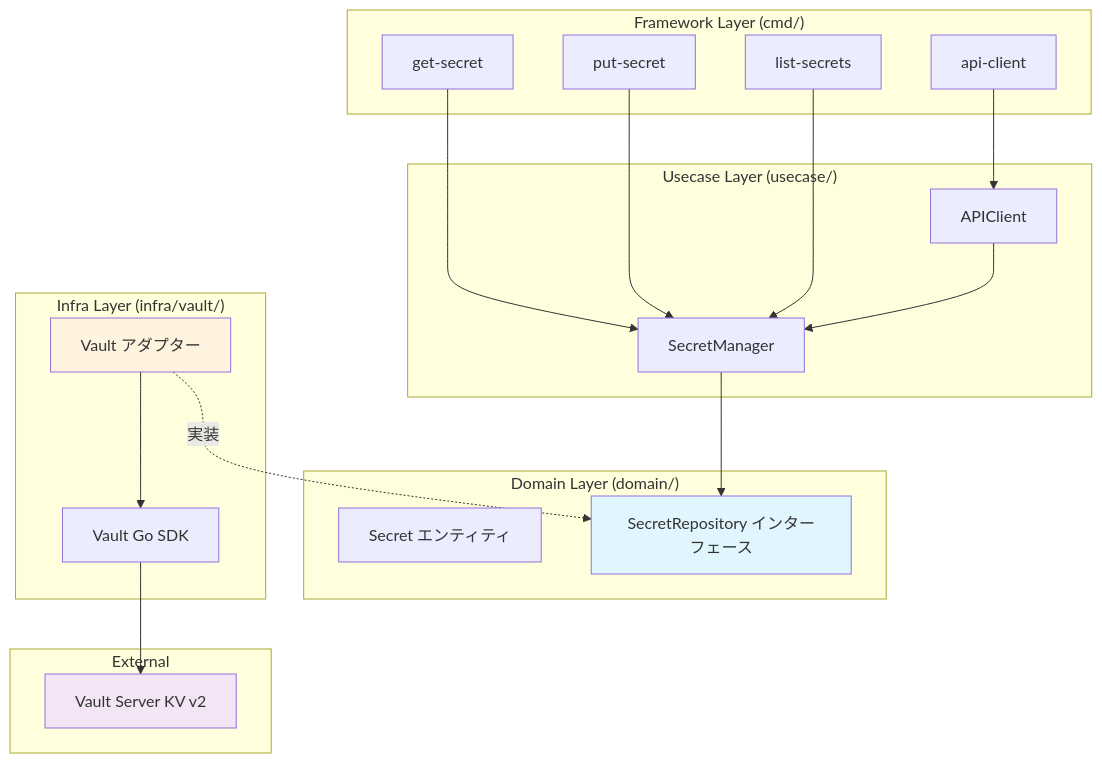
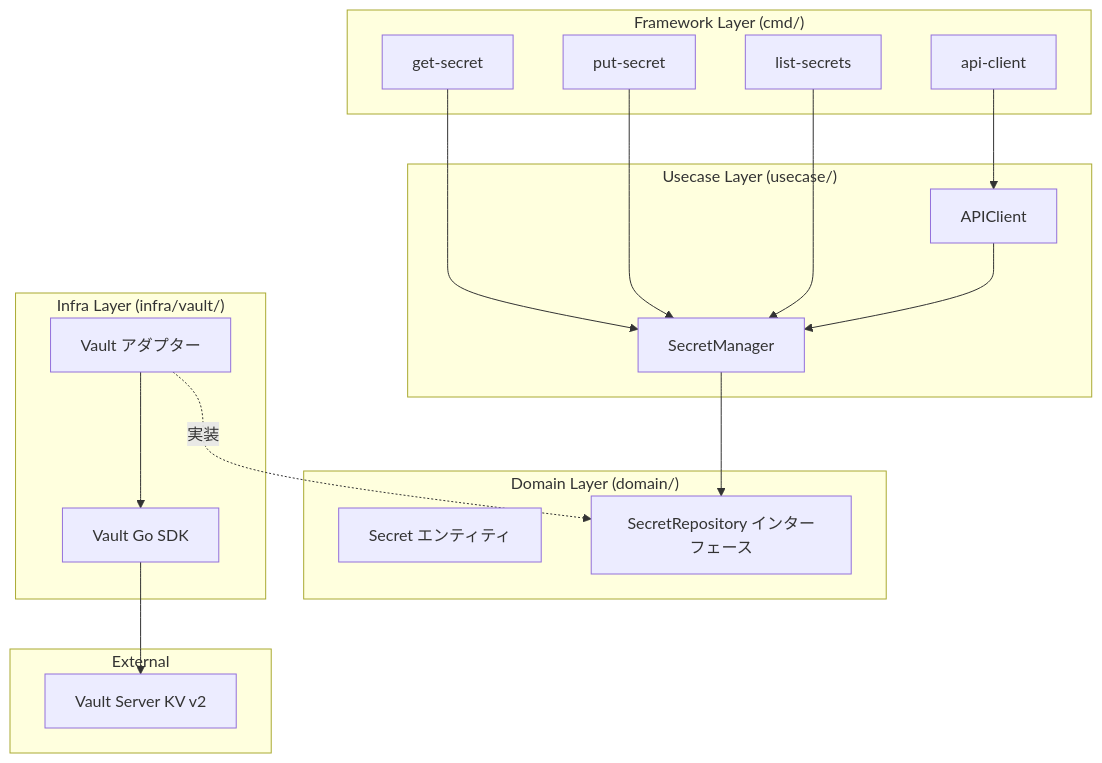
One commit to sokoide/workshop changed the diagram in infra/secret_management_ja.md. Above: the diagram before and after it, drawn with Mermaid. The commit also changed other lines of this file and 27 other files, not shown here.

````diff
--- a/infra/secret_management_ja.md
+++ b/infra/secret_management_ja.md
@@ -70,42 +41,38 @@
 ```mermaid
 graph TB
     subgraph Framework ["Framework Layer (cmd/)"]
         GS[get-secret]
         PS[put-secret]
         LS[list-secrets]
         AC[api-client]
     end
 
     subgraph Usecase ["Usecase Layer (usecase/)"]
         SM[SecretManager]
         API[APIClient]
     end
 
     subgraph Domain ["Domain Layer (domain/)"]
         Entity[Secret エンティティ]
         Repo[SecretRepository インターフェース]
     end
 
     subgraph Infra ["Infra Layer (infra/vault/)"]
         VA[Vault アダプター]
         SDK[Vault Go SDK]
     end
 
     subgraph External ["External"]
         V[Vault Server KV v2]
     end
 
     GS --> SM
     PS --> SM
     LS --> SM
     AC --> API
     SM --> Repo
     API --> SM
     VA -.->|実装| Repo
     VA --> SDK
     SDK --> V
-
-    style Repo fill:#e1f5fe
-    style VA fill:#fff3e0
-    style V fill:#f3e5f5
 ```
````
